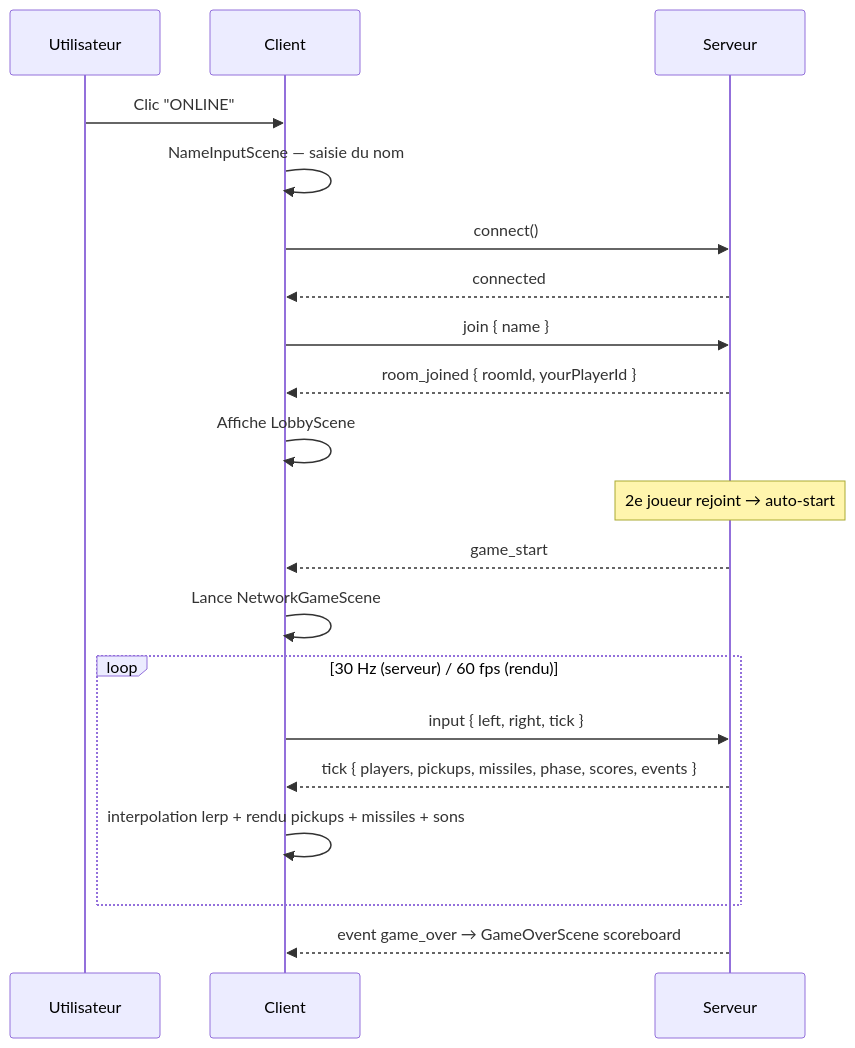
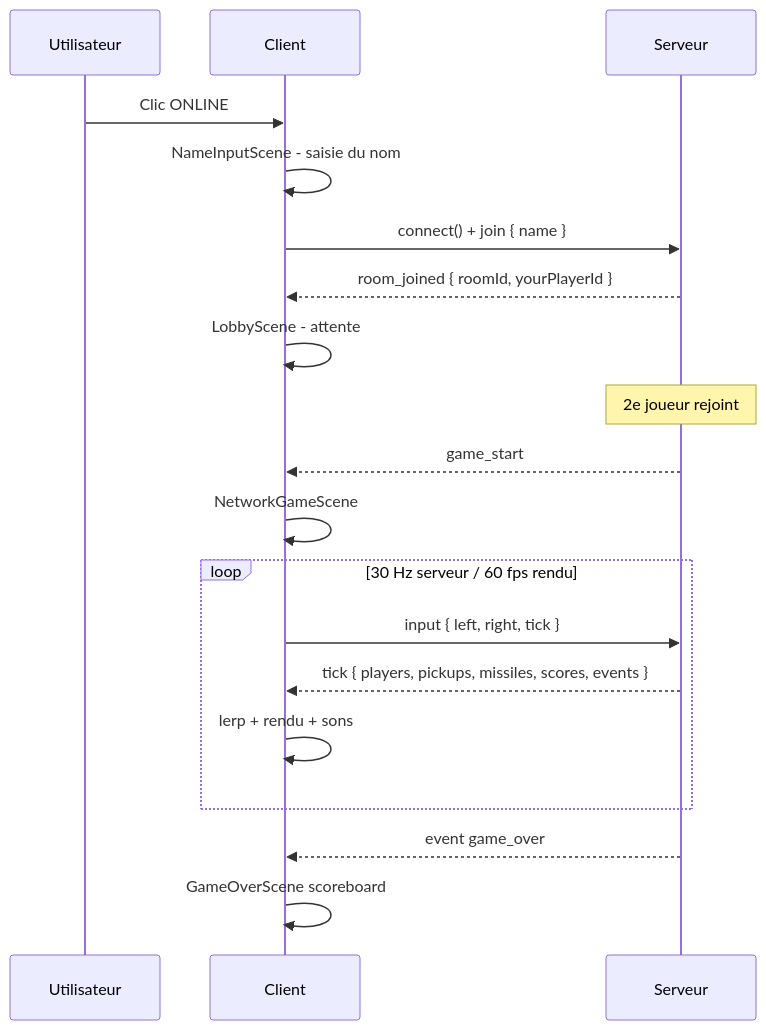
One commit to artkabis/crazycurve changed the third of 4 diagrams in README.md. Above: the diagram before and after it, drawn with Mermaid. The commit also changed other lines of this file, not shown here.

First line of the commit message:
docs: rewrite README - fix mermaid syntax, add GitHub callouts, task lists, full visual overhaul

````diff
--- a/README.md
+++ b/README.md
@@ -336,23 +344,26 @@
 ```mermaid
 sequenceDiagram
     participant U as Utilisateur
     participant C as Client
     participant S as Serveur
 
-    U->>C: Clic "ONLINE"
-    C->>C: NameInputScene — saisie du nom
-    C->>S: connect()
-    S-->>C: connected
-    C->>S: join { name }
+    U->>C: Clic ONLINE
+    C->>C: NameInputScene - saisie du nom
+    C->>S: connect() + join { name }
     S-->>C: room_joined { roomId, yourPlayerId }
-    C->>C: Affiche LobbyScene
-    Note over S: 2e joueur rejoint → auto-start
+    C->>C: LobbyScene - attente
+
+    Note over S: 2e joueur rejoint
+
     S-->>C: game_start
-    C->>C: Lance NetworkGameScene
-    loop 30 Hz (serveur) / 60 fps (rendu)
+    C->>C: NetworkGameScene
+
+    loop 30 Hz serveur / 60 fps rendu
         C->>S: input { left, right, tick }
-        S-->>C: tick { players, pickups, missiles, phase, scores, events }
-        C->>C: interpolation lerp + rendu pickups + missiles + sons
+        S-->>C: tick { players, pickups, missiles, scores, events }
+        C->>C: lerp + rendu + sons
     end
-    S-->>C: event game_over → GameOverScene scoreboard
+
+    S-->>C: event game_over
+    C->>C: GameOverScene scoreboard
 ```
````
